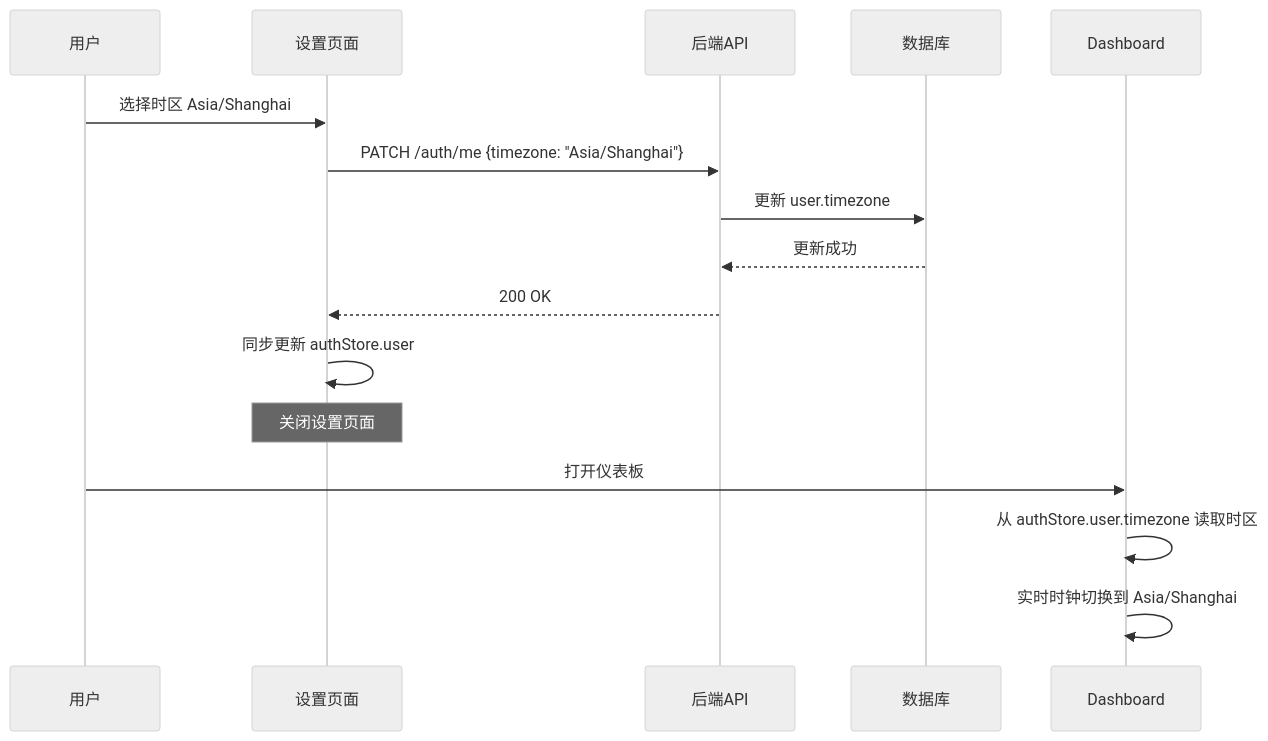
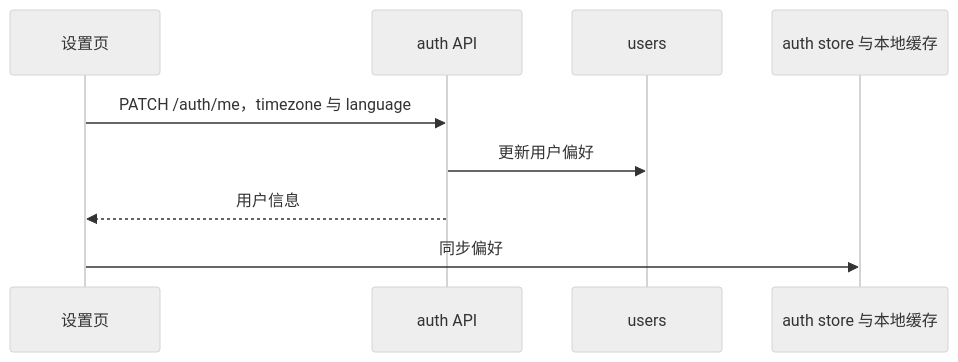
Diagram 13 of 16 in doc/07_系统架构图.md (NanamiKite/radioManger), drawn with Mermaid (neutral theme) before and after one commit. The commit also changed other lines of this file and 11 other files, not shown here.

````diff
--- a/doc/07_系统架构图.md
+++ b/doc/07_系统架构图.md
@@ -315,18 +212,11 @@
 ```mermaid
 sequenceDiagram
-    participant User as 用户
-    participant Settings as 设置页面
-    participant API as 后端API
-    participant DB as 数据库
-
-    User->>Settings: 选择时区 Asia/Shanghai
-    Settings->>API: PATCH /auth/me {timezone: "Asia/Shanghai"}
-    API->>DB: 更新 user.timezone
-    DB-->>API: 更新成功
-    API-->>Settings: 200 OK
-    Settings->>Settings: 同步更新 authStore.user
-    Note over Settings: 关闭设置页面
-    User->>Dashboard: 打开仪表板
-    Dashboard->>Dashboard: 从 authStore.user.timezone 读取时区
-    Dashboard->>Dashboard: 实时时钟切换到 Asia/Shanghai
+    participant UI as 设置页
+    participant API as auth API
+    participant DB as users
+    participant Store as auth store 与本地缓存
+    UI->>API: PATCH /auth/me，timezone 与 language
+    API->>DB: 更新用户偏好
+    API-->>UI: 用户信息
+    UI->>Store: 同步偏好
 ```
````
